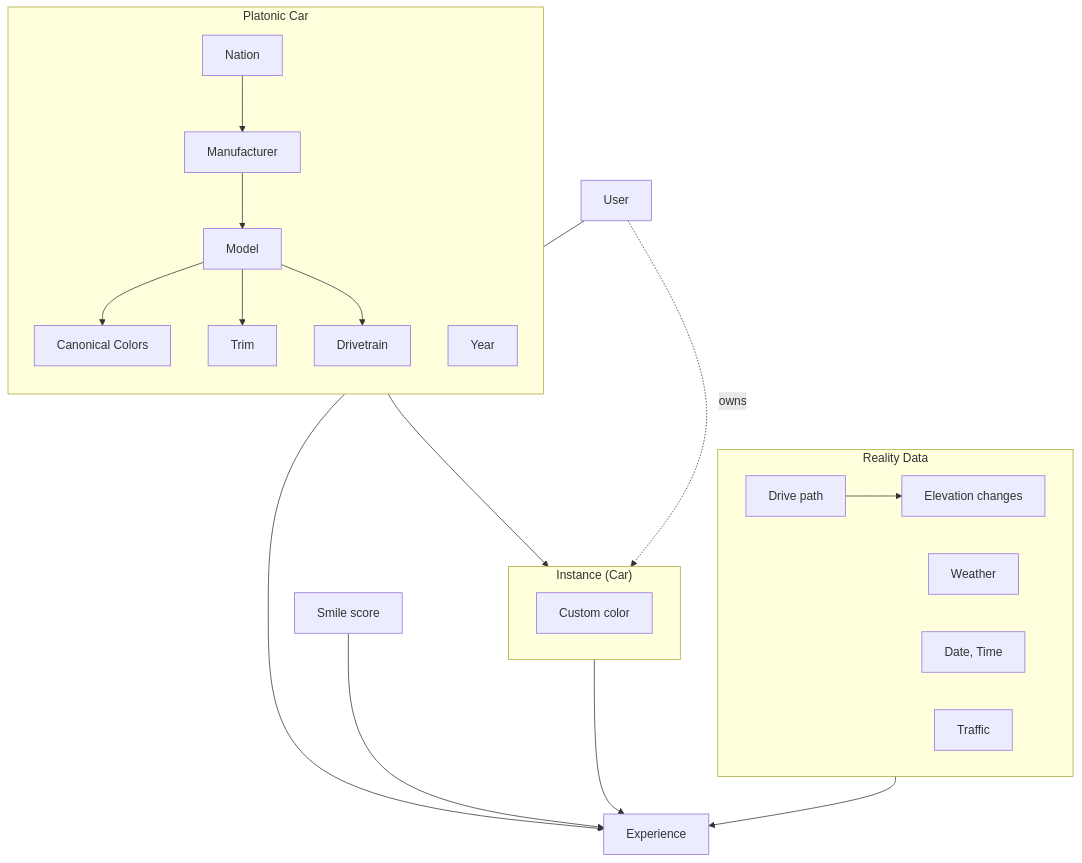
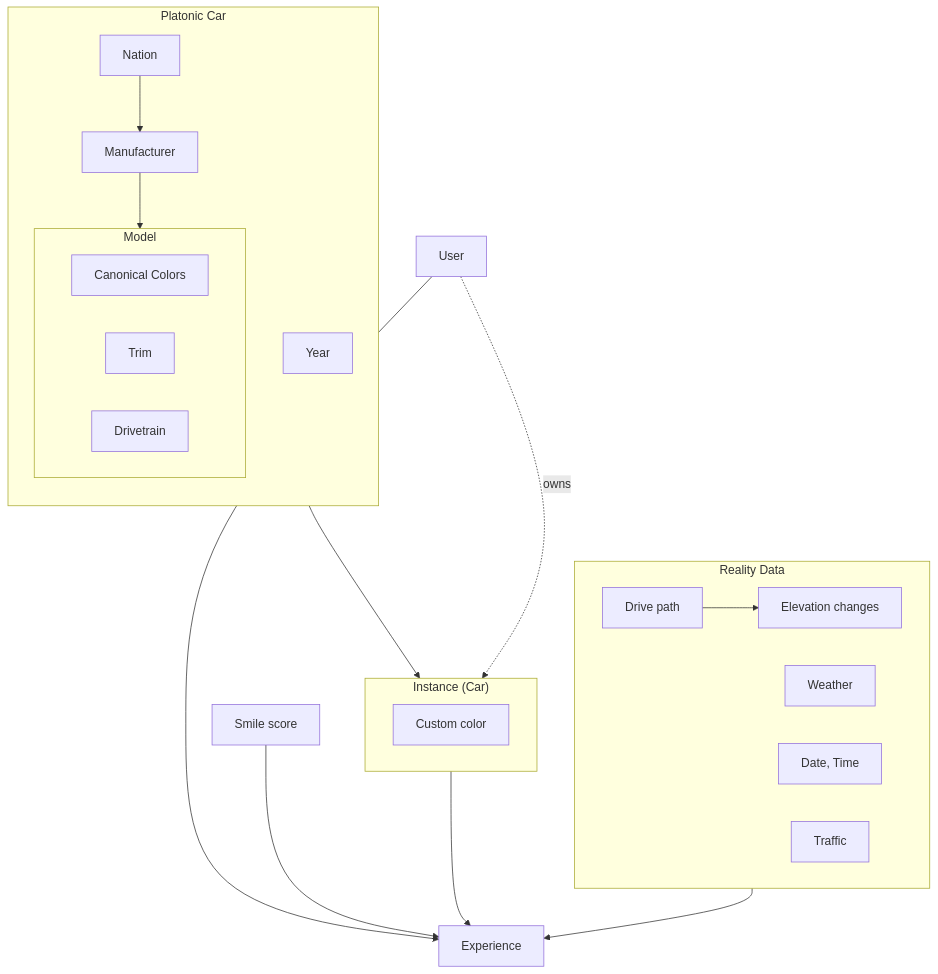
The diagram in docs/product.md (UUeird/dyno), drawn with Mermaid before and after one commit.

Commit message:
Turn Model into a group containing Canonical Colors, Trim, Drivetrain

````diff
--- a/docs/product.md
+++ b/docs/product.md
@@ -7,27 +7,29 @@
 ```mermaid
 flowchart TD
     subgraph PlatonicCar["Platonic Car"]
         direction TD
         Nation --> Manufacturer --> Model
-        Model --> CanonicalColors["Canonical Colors"]
-        Model --> Trim
-        Model --> Drivetrain
+        subgraph Model["Model"]
+            CanonicalColors["Canonical Colors"]
+            Trim
+            Drivetrain
+        end
         Year
     end
     subgraph Instance["Instance (Car)"]
         CustomColor["Custom color"]
     end
     PlatonicCar --> Instance
     Instance --> Experience
     User --> Experience
     User -. owns .-> Instance
     SmileScore["Smile score"] --> Experience
 
     subgraph RealityData["Reality Data"]
         DrivePath["Drive path"] --> Elevation["Elevation changes"]
         Weather
         DateTime["Date, Time"]
         Traffic
     end
     RealityData --> Experience
 ```
````
